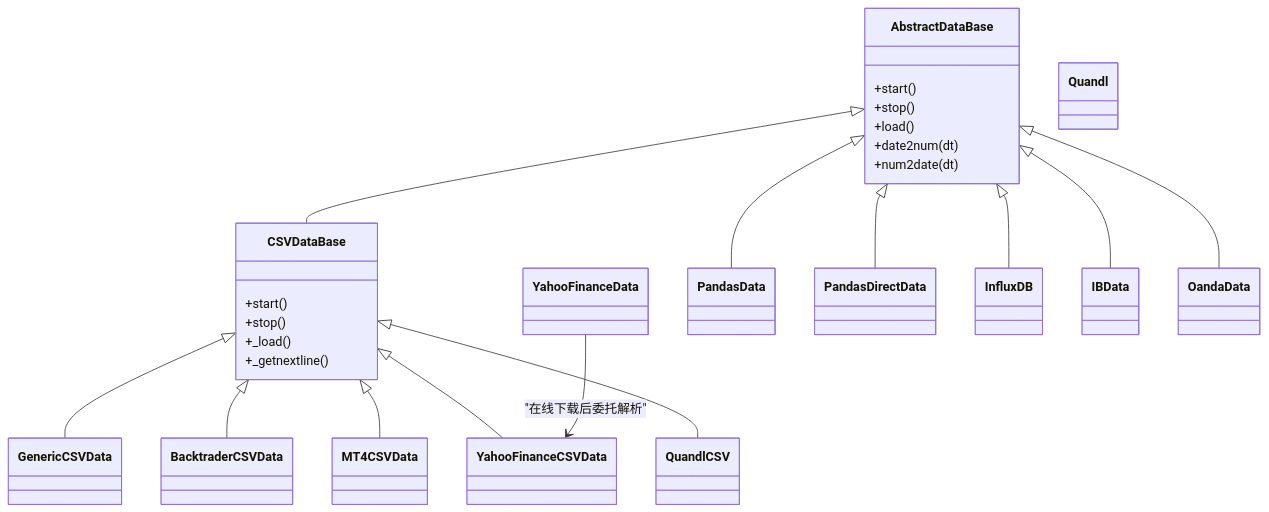
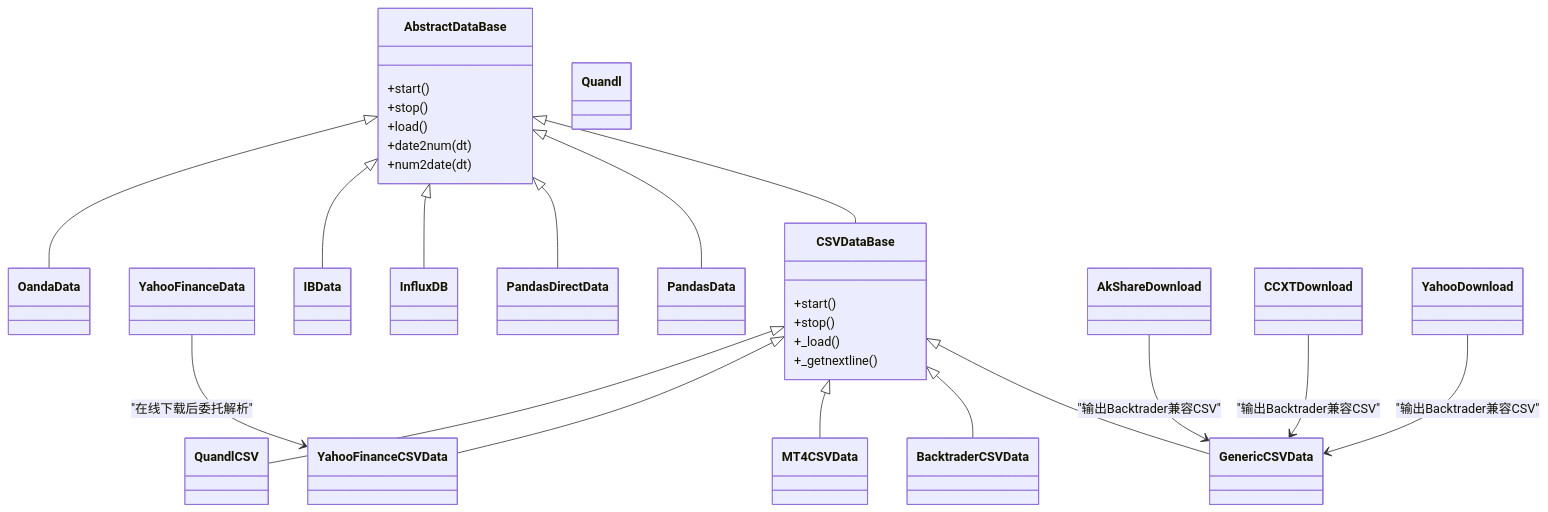
One commit to bench-prog/backtrader changed the sixth of 6 diagrams in .qoder/repowiki/zh/content/项目概述/核心功能特性/数据集成/数据源类型.md. Above: the diagram before and after it, drawn with Mermaid. The commit also changed other lines of this file and 40 other files, not shown here.

````diff
--- a/.qoder/repowiki/zh/content/项目概述/核心功能特性/数据集成/数据源类型.md
+++ b/.qoder/repowiki/zh/content/项目概述/核心功能特性/数据集成/数据源类型.md
@@ -334,40 +555,46 @@
 ```mermaid
 classDiagram
 class AbstractDataBase {
 +start()
 +stop()
 +load()
 +date2num(dt)
 +num2date(dt)
 }
 class CSVDataBase {
 +start()
 +stop()
 +_load()
 +_getnextline()
 }
 class GenericCSVData
 class BacktraderCSVData
 class MT4CSVData
 class YahooFinanceCSVData
 class YahooFinanceData
 class QuandlCSV
 class Quandl
 class PandasData
 class PandasDirectData
 class InfluxDB
 class IBData
 class OandaData
+class AkShareDownload
+class CCXTDownload
+class YahooDownload
 AbstractDataBase <|-- CSVDataBase
 CSVDataBase <|-- GenericCSVData
 CSVDataBase <|-- BacktraderCSVData
 CSVDataBase <|-- MT4CSVData
 CSVDataBase <|-- YahooFinanceCSVData
 CSVDataBase <|-- QuandlCSV
 AbstractDataBase <|-- PandasData
 AbstractDataBase <|-- PandasDirectData
 AbstractDataBase <|-- InfluxDB
 AbstractDataBase <|-- IBData
 AbstractDataBase <|-- OandaData
+AkShareDownload --> GenericCSVData : "输出Backtrader兼容CSV"
+CCXTDownload --> GenericCSVData : "输出Backtrader兼容CSV"
+YahooDownload --> GenericCSVData : "输出Backtrader兼容CSV"
 YahooFinanceData --> YahooFinanceCSVData : "在线下载后委托解析"
 ```
````
